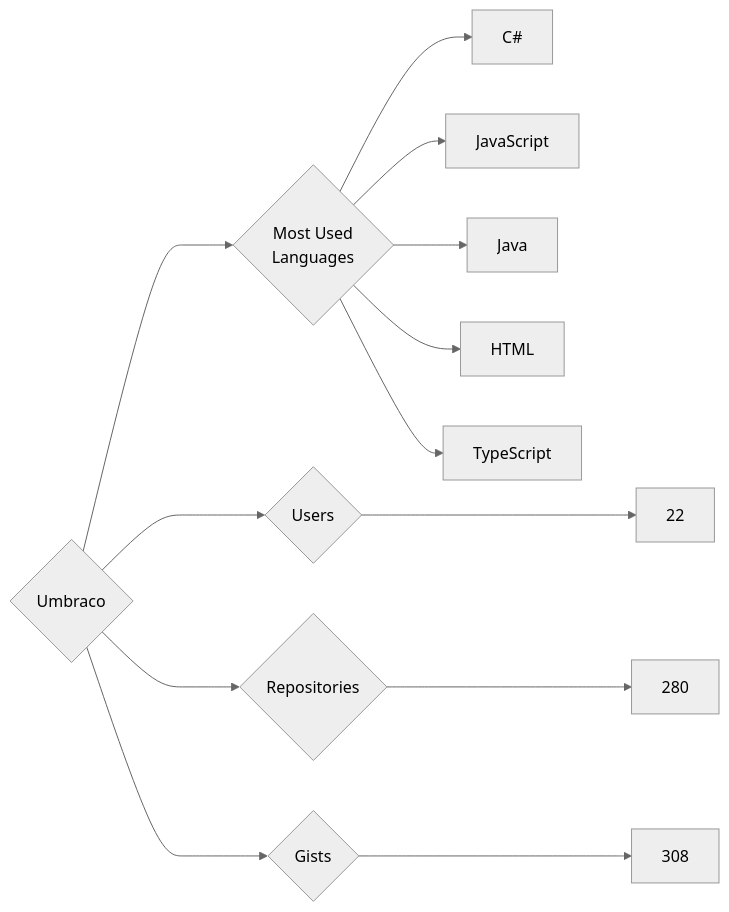
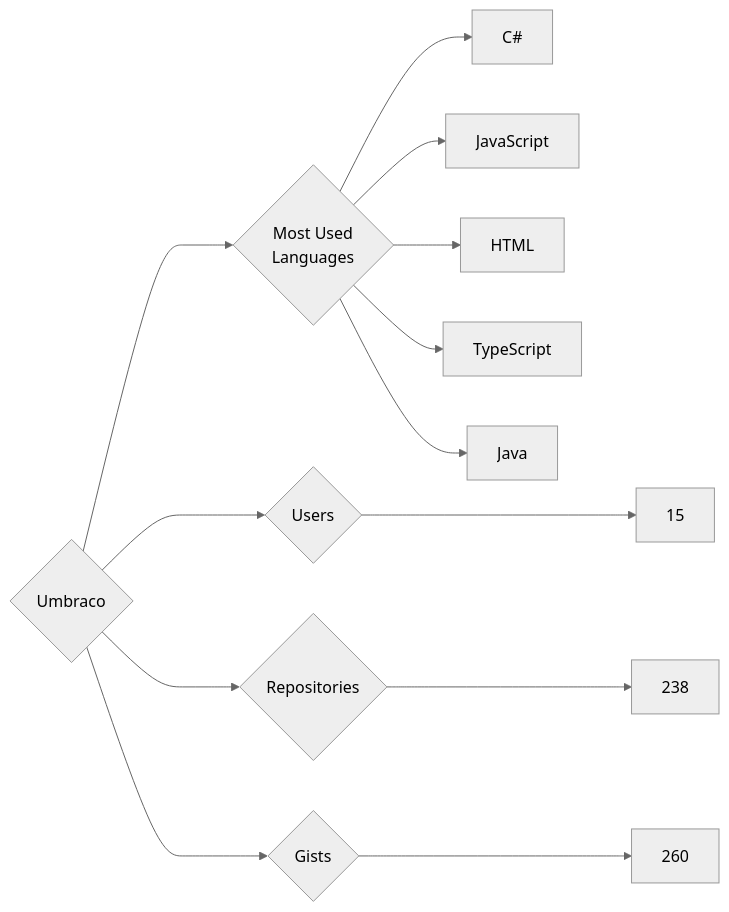
Before and after one commit to trickest/insiders: the diagram in targets/Umbraco/README.md, drawn with Mermaid (neutral theme). The commit also changed 953 other files, not shown here.

````diff
--- a/targets/Umbraco/README.md
+++ b/targets/Umbraco/README.md
@@ -3,13 +3,13 @@
 ```mermaid
 graph LR
 COMPANY_NAME{Umbraco}
-COMPANY_NAME ---> U{Users} ---> UN[22]
-COMPANY_NAME ---> R{Repositories} ---> RN[280]
-COMPANY_NAME ---> G{Gists} ---> GN[308]
+COMPANY_NAME ---> U{Users} ---> UN[15]
+COMPANY_NAME ---> R{Repositories} ---> RN[238]
+COMPANY_NAME ---> G{Gists} ---> GN[260]
 COMPANY_NAME ---> ML{Most Used<br>Languages}
 ML --> C#[C#]
 ML --> JavaScript[JavaScript]
-ML --> Java[Java]
 ML --> HTML[HTML]
 ML --> TypeScript[TypeScript]
+ML --> Java[Java]
 ```
````
